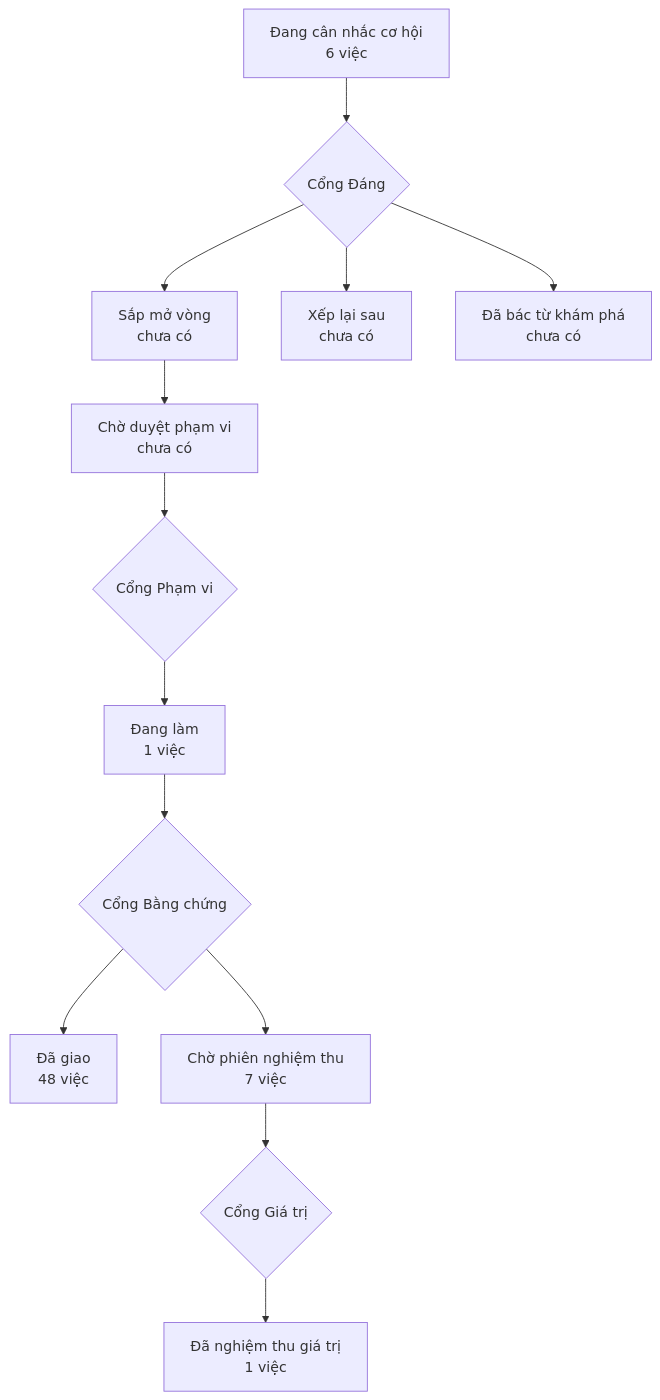
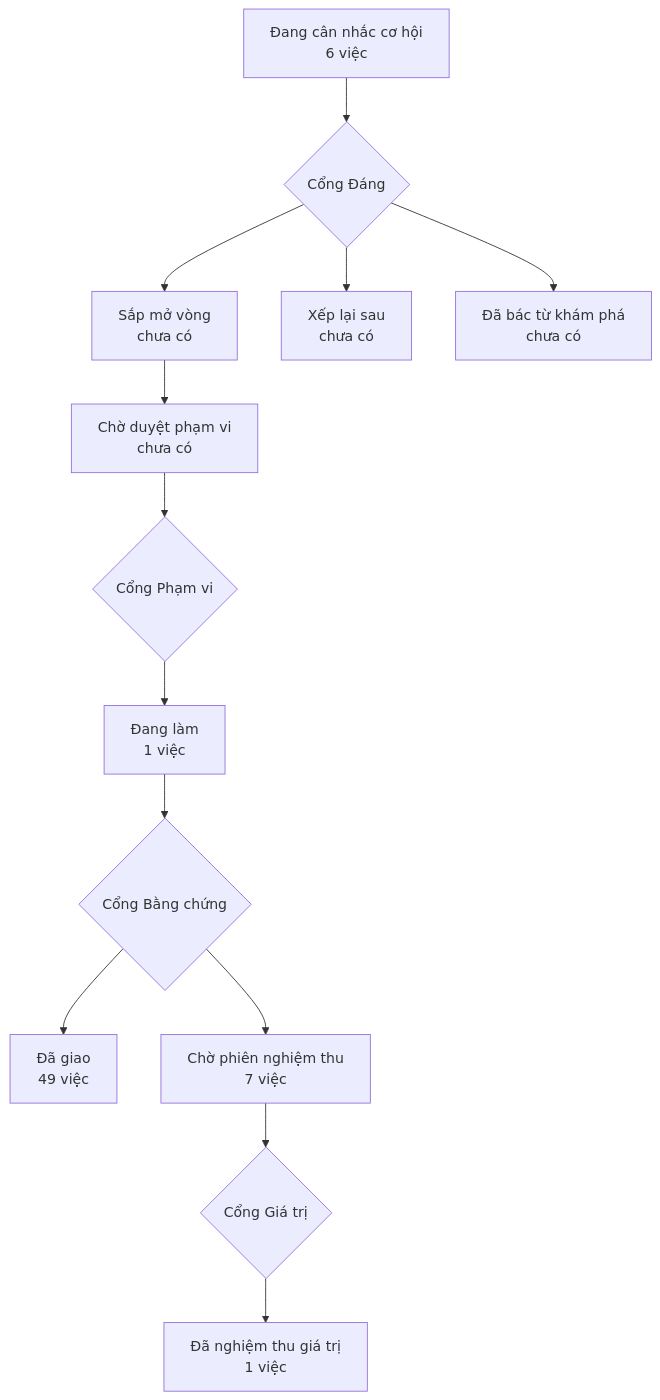
The diagram in PRODUCT-MAP.md (phanlemanh/crm-onehub), drawn with Mermaid before and after one commit. The commit also changed other lines of this file and 3 other files, not shown here.

````diff
--- a/PRODUCT-MAP.md
+++ b/PRODUCT-MAP.md
@@ -6,12 +6,12 @@
 ```mermaid
 flowchart TD
   A["Đang cân nhắc cơ hội<br/>6 việc"] --> GD{"Cổng Đáng"}
   GD --> B["Sắp mở vòng<br/>chưa có"]
   GD --> XL["Xếp lại sau<br/>chưa có"]
   GD --> DB["Đã bác từ khám phá<br/>chưa có"]
   B --> CD["Chờ duyệt phạm vi<br/>chưa có"] --> GP{"Cổng Phạm vi"}
   GP --> DL["Đang làm<br/>1 việc"] --> GB{"Cổng Bằng chứng"}
-  GB --> DG["Đã giao<br/>48 việc"]
+  GB --> DG["Đã giao<br/>49 việc"]
   GB --> CN["Chờ phiên nghiệm thu<br/>7 việc"] --> GG{"Cổng Giá trị"}
   GG --> NT["Đã nghiệm thu giá trị<br/>1 việc"]
 ```
````
